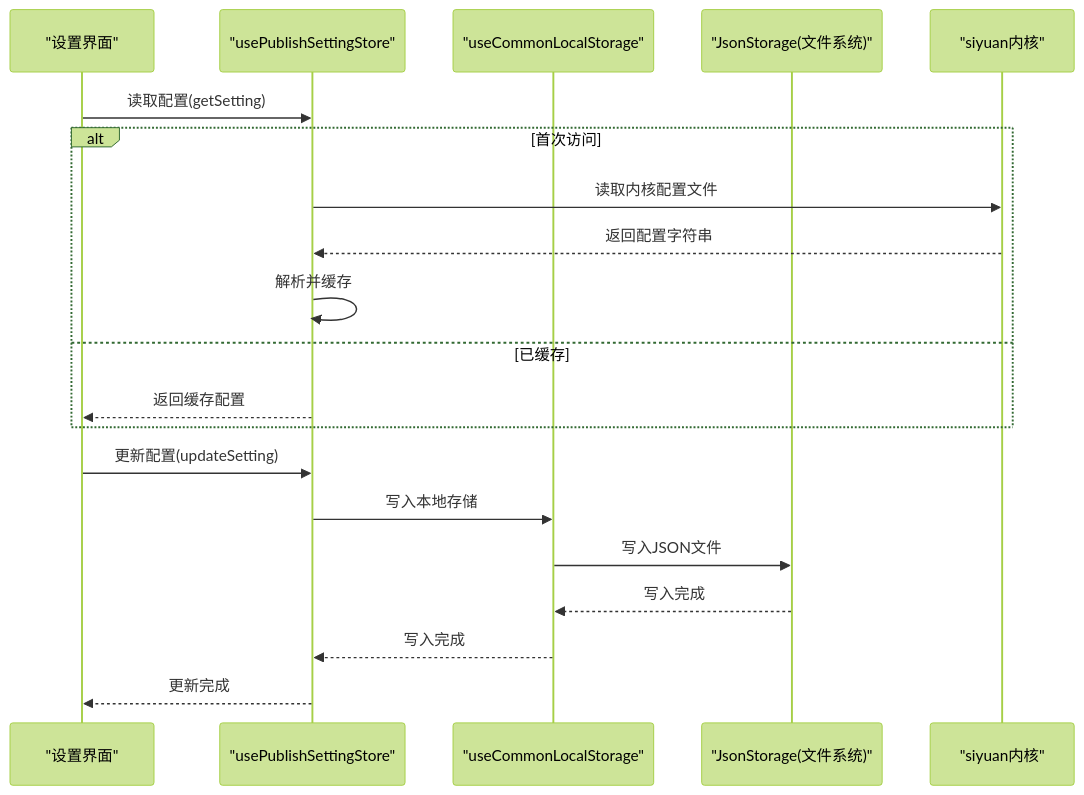
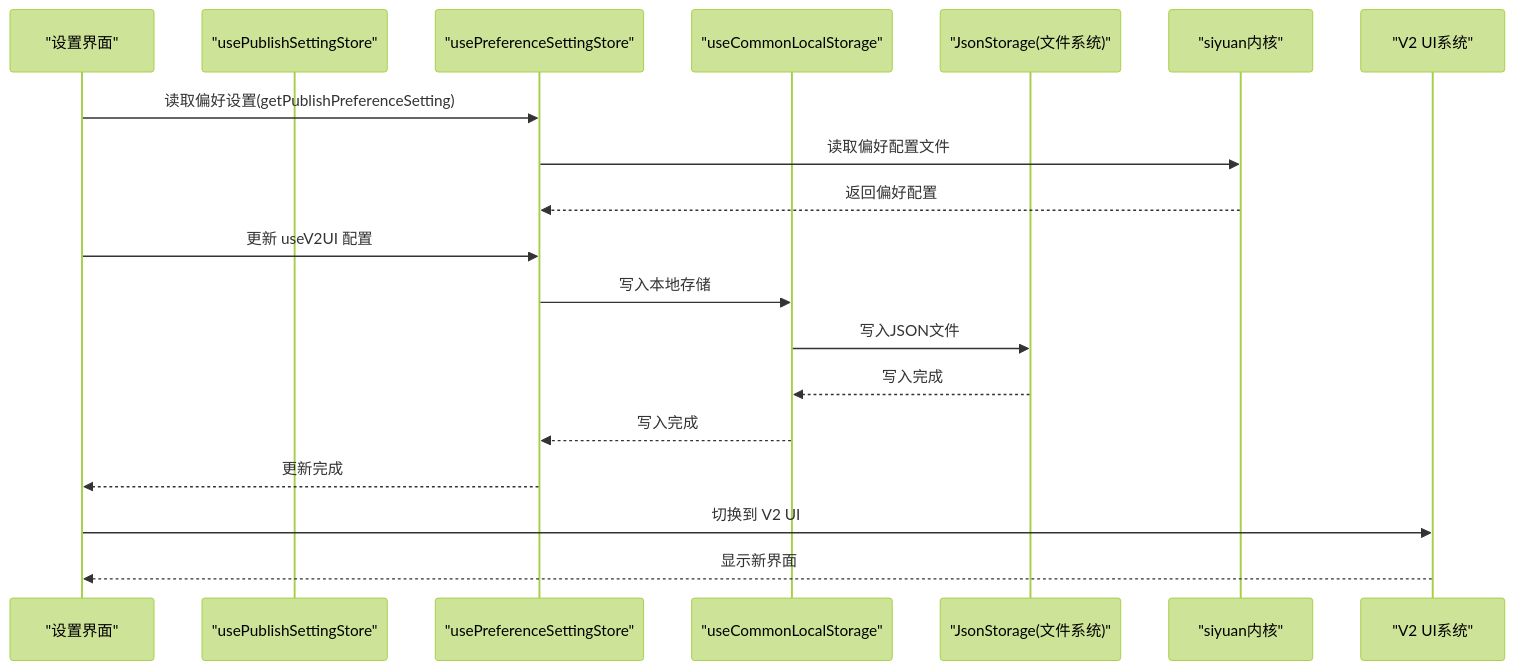
The second of 6 diagrams in .qoder/repowiki/zh/content/配置管理系统/配置管理系统.md (terwer/siyuan-plugin-publisher), drawn with Mermaid (forest theme) before and after one commit. The commit also changed other lines of this file and 12 other files, not shown here.

````diff
--- a/.qoder/repowiki/zh/content/配置管理系统/配置管理系统.md
+++ b/.qoder/repowiki/zh/content/配置管理系统/配置管理系统.md
@@ -130,22 +182,21 @@
 ```mermaid
 sequenceDiagram
 participant UI as "设置界面"
 participant Store as "usePublishSettingStore"
+participant PrefStore as "usePreferenceSettingStore"
 participant Adapter as "useCommonLocalStorage"
 participant FS as "JsonStorage(文件系统)"
 participant Kernel as "siyuan内核"
-UI->>Store : 读取配置(getSetting)
-alt 首次访问
-Store->>Kernel : 读取内核配置文件
-Kernel-->>Store : 返回配置字符串
-Store->>Store : 解析并缓存
-else 已缓存
-Store-->>UI : 返回缓存配置
-end
-UI->>Store : 更新配置(updateSetting)
-Store->>Adapter : 写入本地存储
+participant V2UI as "V2 UI系统"
+UI->>PrefStore : 读取偏好设置(getPublishPreferenceSetting)
+PrefStore->>Kernel : 读取偏好配置文件
+Kernel-->>PrefStore : 返回偏好配置
+UI->>PrefStore : 更新 useV2UI 配置
+PrefStore->>Adapter : 写入本地存储
 Adapter->>FS : 写入JSON文件
 FS-->>Adapter : 写入完成
-Adapter-->>Store : 写入完成
-Store-->>UI : 更新完成
+Adapter-->>PrefStore : 写入完成
+PrefStore-->>UI : 更新完成
+UI->>V2UI : 切换到 V2 UI
+V2UI-->>UI : 显示新界面
 ```
````
